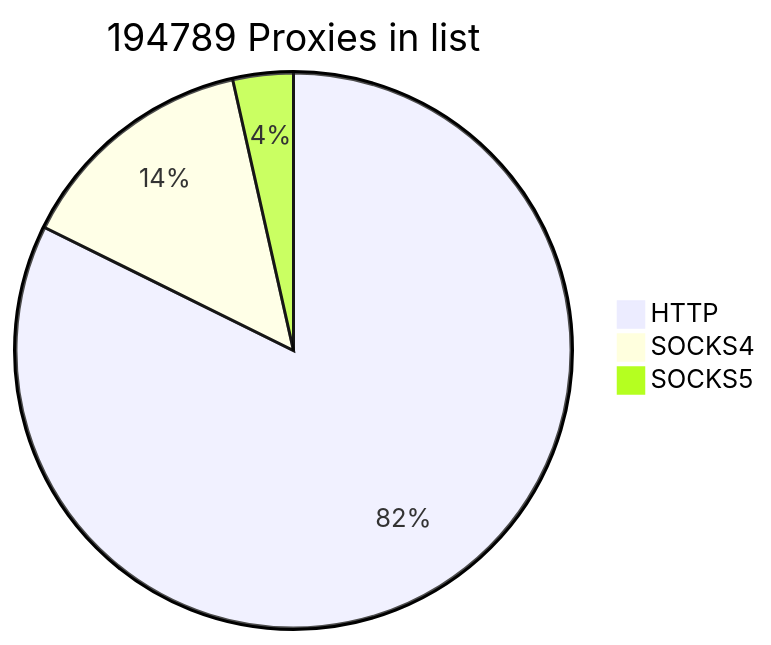
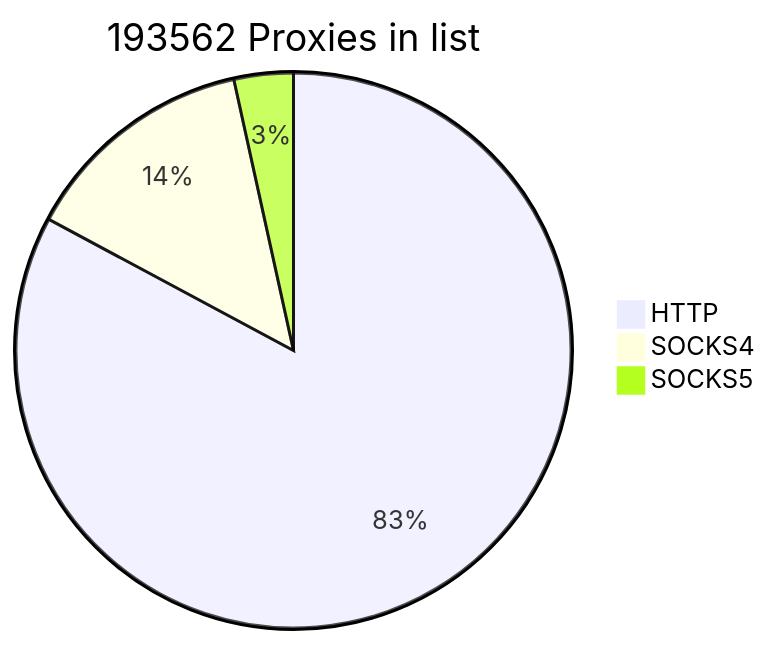
One commit to cutipu/proxylist changed the first of 2 diagrams in README.md. Above: the diagram before and after it, drawn with Mermaid. The commit also changed other lines of this file, not shown here.

````diff
--- a/README.md
+++ b/README.md
@@ -2,7 +2,7 @@
 ```mermaid
-pie title 194789 Proxies in list
-    "HTTP" : 160326
-    "SOCKS4" : 27618
-    "SOCKS5" : 6845
+pie title 193562 Proxies in list
+    "HTTP" : 160331
+    "SOCKS4" : 26556
+    "SOCKS5" : 6675
             
 ```
````
